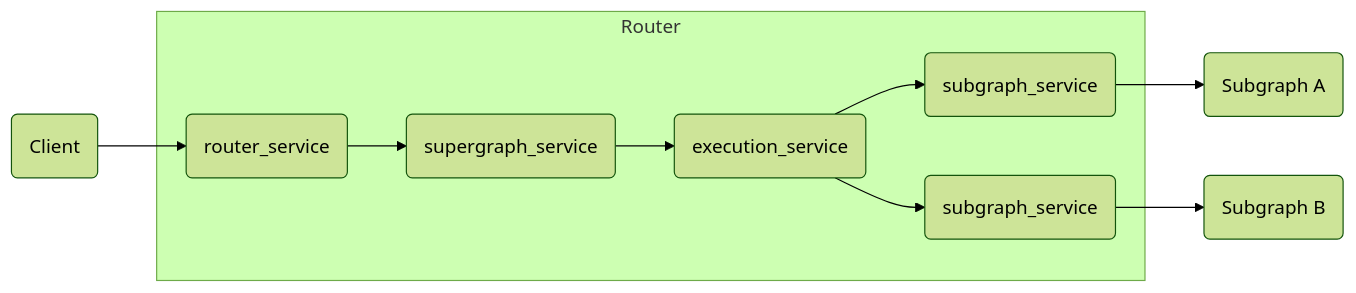
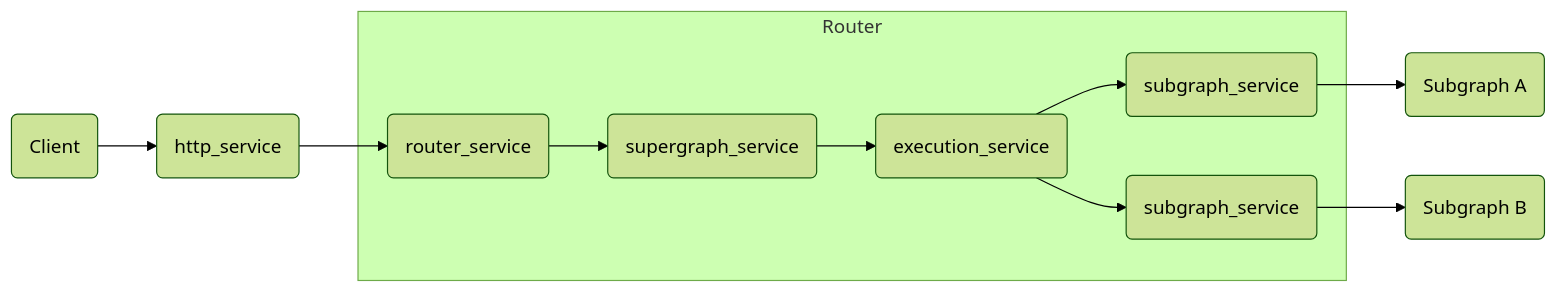
Before and after one commit to apollographql/router: the second of 3 diagrams in docs/source/routing/customization/rhai/index.mdx, drawn with Mermaid (forest theme). The commit also changed other lines of this file and 13 other files, not shown here.

````diff
--- a/docs/source/routing/customization/rhai/index.mdx
+++ b/docs/source/routing/customization/rhai/index.mdx
@@ -272,14 +300,15 @@
     ```mermaid
     graph LR;
       client(Client);
-      client --> router(router_service);
+      client --> http(http_service);
+      http --> router(router_service);
       subgraph Router
       router --> supergraph(supergraph_service);
       supergraph --> execution(execution_service);
       execution --> subs_a(subgraph_service);
       execution --> subs_b(subgraph_service);
       end;
       subs_a --> sub_a(Subgraph A);
       subs_b --> sub_b(Subgraph B);
       class client,sub_a,sub_b secondary;
     ```
````
